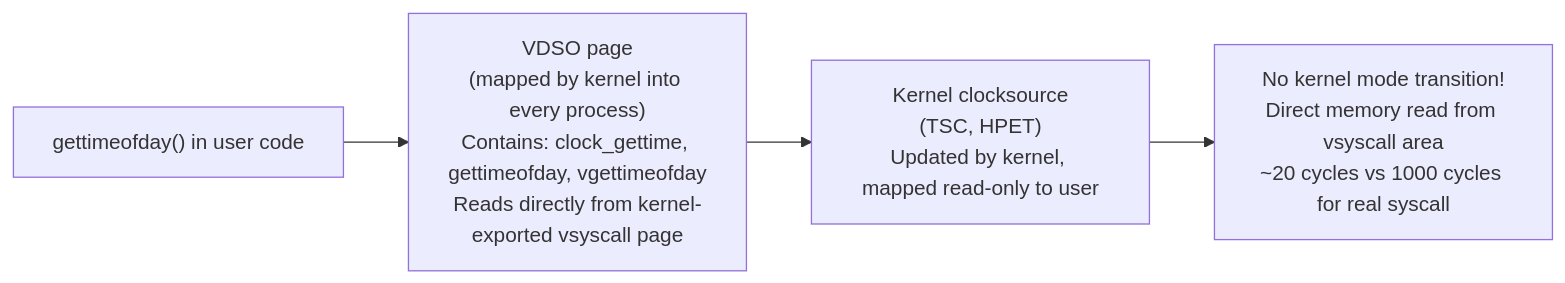
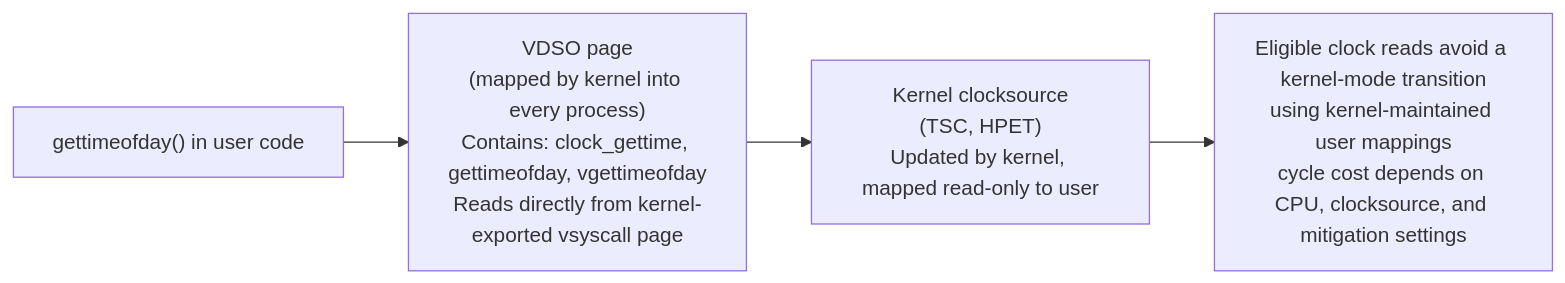
One commit to choisimo/document changed diagram 11 of 21 in content/docs/books/cs-reference/ko/operating-systems-internals.md. Above: the diagram before and after it, drawn with Mermaid. The commit also changed other lines of this file and 504 other files, not shown here.

````diff
--- a/content/docs/books/cs-reference/ko/operating-systems-internals.md
+++ b/content/docs/books/cs-reference/ko/operating-systems-internals.md
@@ -253,8 +259,8 @@
 ```mermaid
 flowchart LR
     GETTIMEOFDAY["gettimeofday() in user code"]
     VDSO_PAGE["VDSO page\n(mapped by kernel into every process)\nContains: clock_gettime, gettimeofday, vgettimeofday\nReads directly from kernel-exported vsyscall page"]
     CLOCKSOURCE["Kernel clocksource\n(TSC, HPET)\nUpdated by kernel, mapped read-only to user"]
-    NO_SYSCALL["No kernel mode transition!\nDirect memory read from vsyscall area\n~20 cycles vs 1000 cycles for real syscall"]
+    NO_SYSCALL["Eligible clock reads avoid a kernel-mode transition\nusing kernel-maintained user mappings\ncycle cost depends on CPU, clocksource, and mitigation settings"]
     GETTIMEOFDAY --> VDSO_PAGE --> CLOCKSOURCE --> NO_SYSCALL
 ```
````
